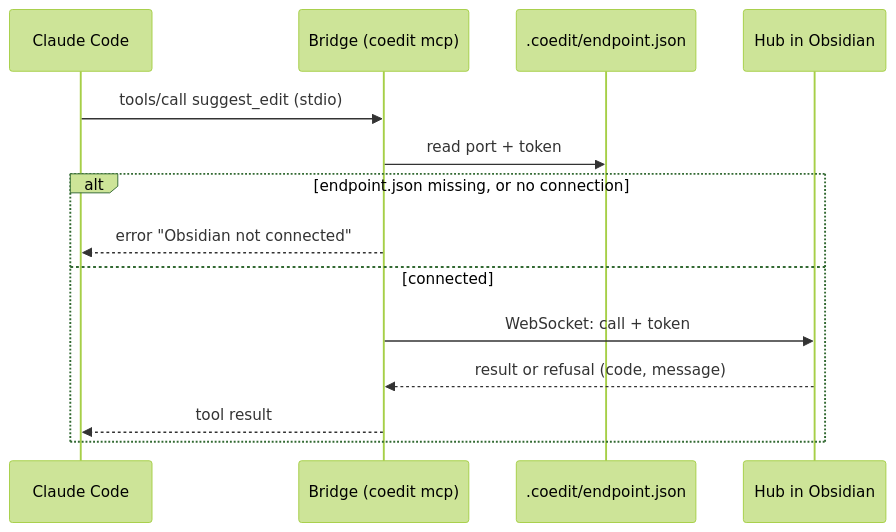
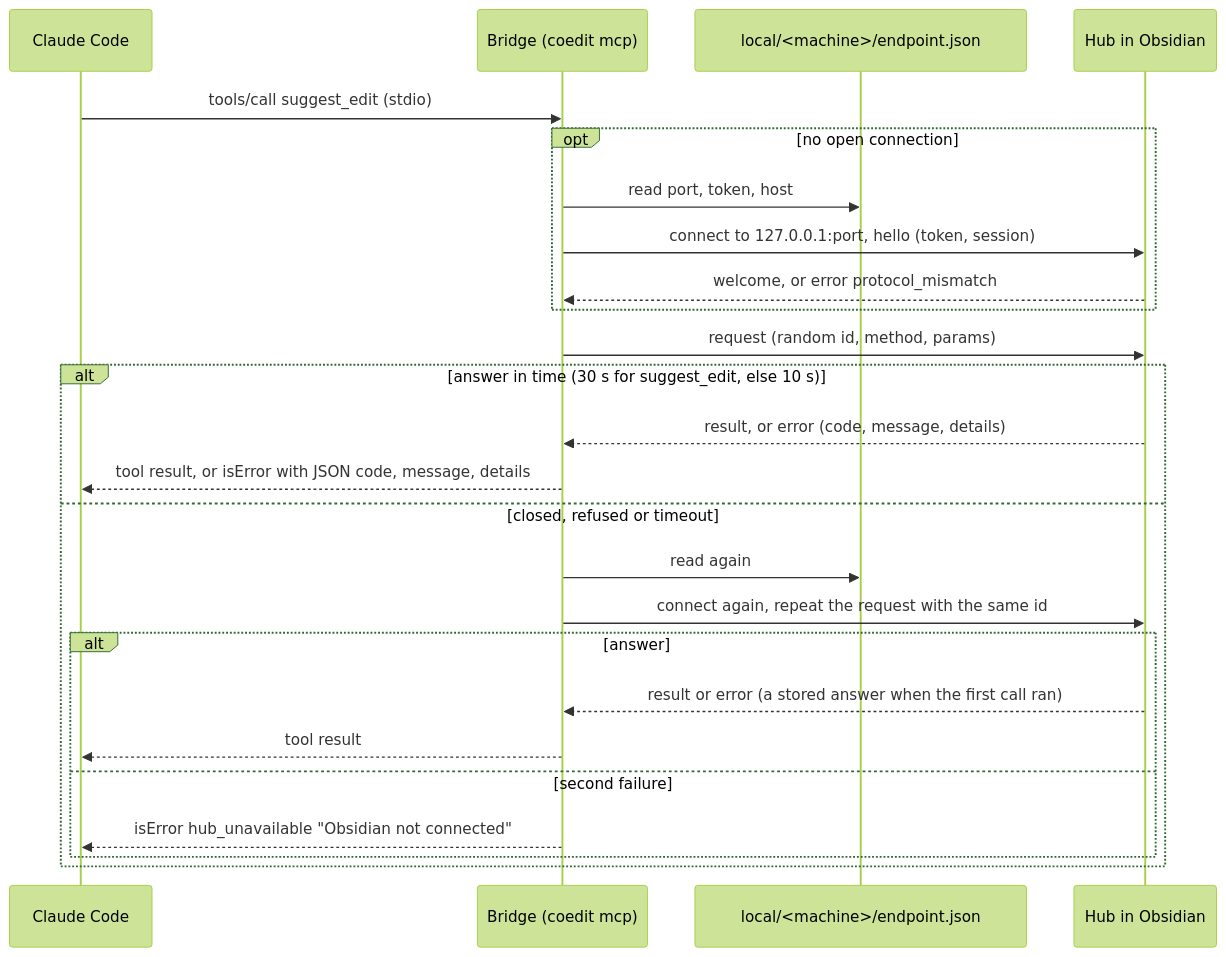
The fourth of 6 diagrams in openspec/docs/architecture-claude.md (novazembla/md-coeditor), drawn with Mermaid (forest theme) before and after one commit. The commit also changed other lines of this file and 140 other files, not shown here.

````diff
--- a/openspec/docs/architecture-claude.md
+++ b/openspec/docs/architecture-claude.md
@@ -147,17 +205,28 @@
 ```mermaid
 sequenceDiagram
   participant CC as Claude Code
   participant B as Bridge (coedit mcp)
-  participant EP as .coedit/endpoint.json
+  participant EP as local/#lt;machine#gt;/endpoint.json
   participant H as Hub in Obsidian
 
   CC->>B: tools/call suggest_edit (stdio)
-  B->>EP: read port + token
-  alt endpoint.json missing, or no connection
-    B-->>CC: error "Obsidian not connected"
-  else connected
-    B->>H: WebSocket: call + token
-    H-->>B: result or refusal (code, message)
-    B-->>CC: tool result
+  opt no open connection
+    B->>EP: read port, token, host
+    B->>H: connect to 127.0.0.1:port, hello (token, session)
+    H-->>B: welcome, or error protocol_mismatch
+  end
+  B->>H: request (random id, method, params)
+  alt answer in time (30 s for suggest_edit, else 10 s)
+    H-->>B: result, or error (code, message, details)
+    B-->>CC: tool result, or isError with JSON code, message, details
+  else closed, refused or timeout
+    B->>EP: read again
+    B->>H: connect again, repeat the request with the same id
+    alt answer
+      H-->>B: result or error (a stored answer when the first call ran)
+      B-->>CC: tool result
+    else second failure
+      B-->>CC: isError hub_unavailable "Obsidian not connected"
+    end
   end
 ```
````
